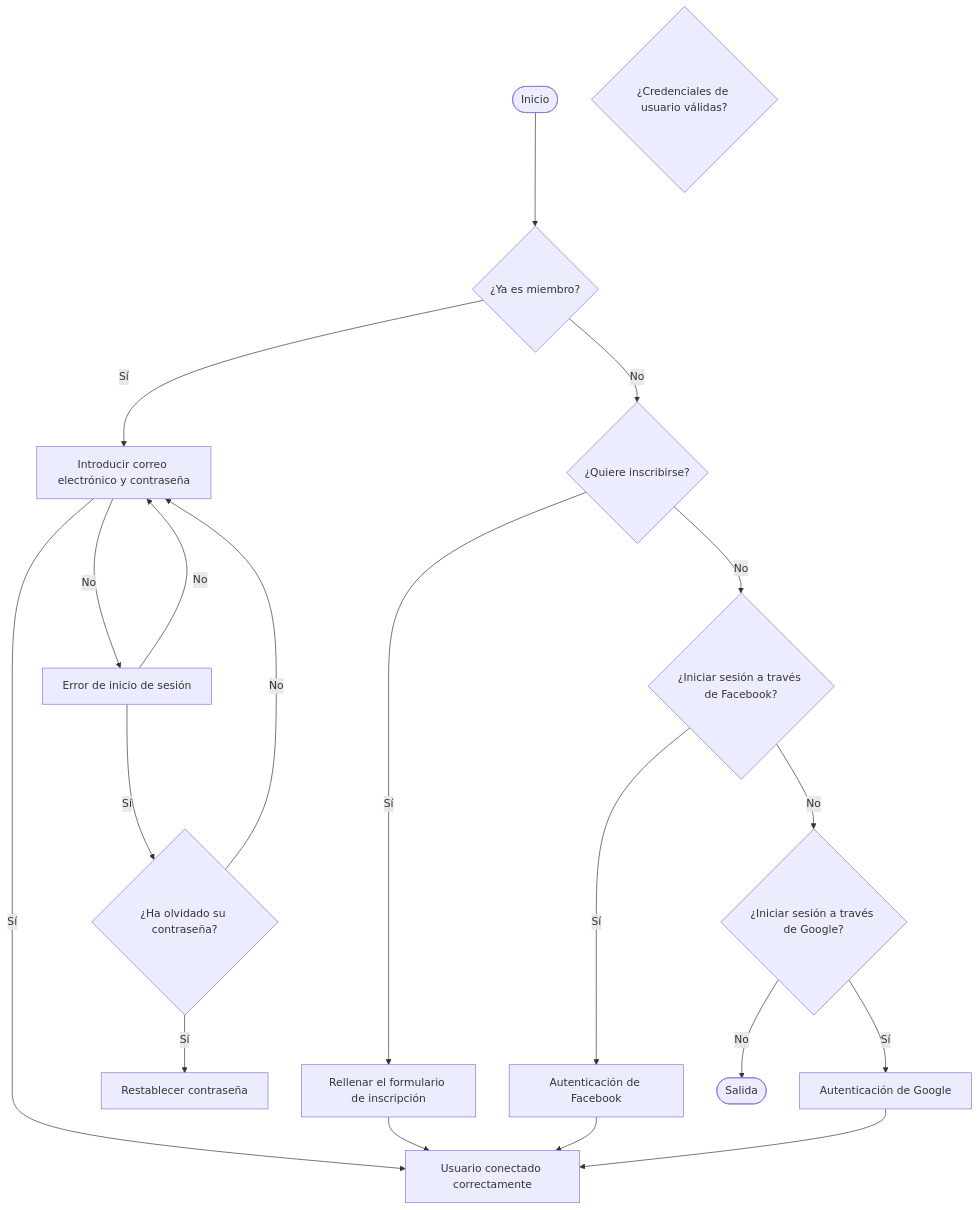
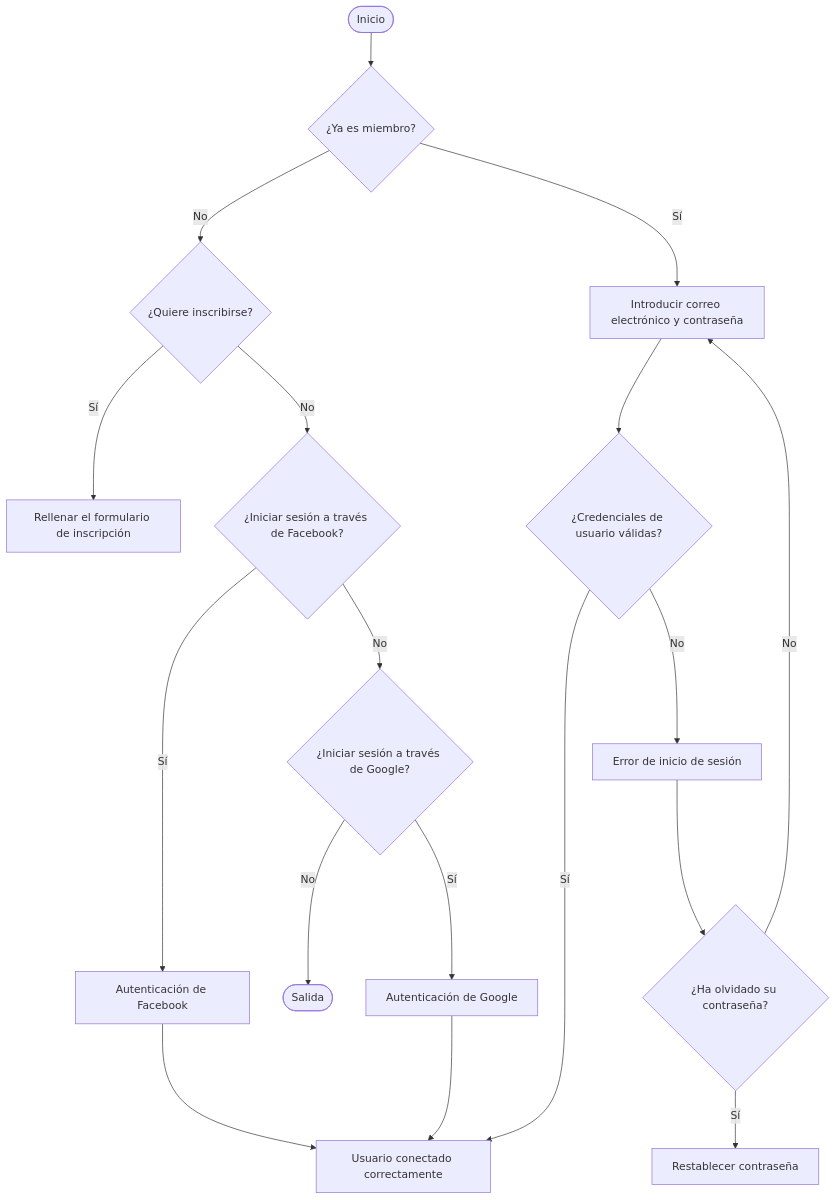
Before and after one commit to javieregeablasco/Apuntes: the second of 2 diagrams in docs/SMX/SMX_2/Opt_Python/01_Introduccion_a_la_programacion.md, drawn with Mermaid. The commit also changed other lines of this file and 4 other files, not shown here.

````diff
--- a/docs/SMX/SMX_2/Opt_Python/01_Introduccion_a_la_programacion.md
+++ b/docs/SMX/SMX_2/Opt_Python/01_Introduccion_a_la_programacion.md
@@ -116,38 +114,38 @@
     ```mermaid
       flowchart TD
         Inicio(["Inicio"])
+        YaMiembro{"¿Ya es miembro?"}
+        QuiereInscribirse{"¿Quiere inscribirse?"}
+        EmailPass["Introducir correo electrónico y contraseña"]
         Formulario["Rellenar el formulario de inscripción"]
-        QuiereInscribirse{"¿Quiere inscribirse?"}
-        YaMiembro{"¿Ya es miembro?"}
-        Credenciales{"¿Credenciales de usuario válidas?"}
+        Facebook{"¿Iniciar sesión a través de Facebook?"}        
+        Credenciales{"¿Credenciales de usuario válidas?"}        
         Error["Error de inicio de sesión"]
-        Olvido{"¿Ha olvidado su contraseña?"}
-        Restablecer["Restablecer contraseña"]
-        EmailPass["Introducir correo electrónico y contraseña"]
-        Facebook{"¿Iniciar sesión a través de Facebook?"}
         AutFacebook["Autenticación de Facebook"]
         Google{"¿Iniciar sesión a través de Google?"}
+        Salida(["Salida"])
+        Olvido{"¿Ha olvidado su contraseña?"}
         AutGoogle["Autenticación de Google"]
+        Restablecer["Restablecer contraseña"]
         UsuarioConectado["Usuario conectado correctamente"]
-        Salida(["Salida"])
-
+                
         Inicio --> YaMiembro
         YaMiembro -- No --> QuiereInscribirse
         YaMiembro -- Sí --> EmailPass
+        QuiereInscribirse -- No --> Facebook
         QuiereInscribirse -- Sí --> Formulario
-        QuiereInscribirse -- No --> Facebook
         Facebook -- Sí --> AutFacebook
         Facebook -- No --> Google
         Google -- Sí --> AutGoogle
         Google -- No --> Salida
-        EmailPass -- Sí --> UsuarioConectado
-        EmailPass -- No --> Error
-        Error -- No --> EmailPass
-        Error -- Sí --> Olvido
-        Olvido -- Sí --> Restablecer
-        Olvido -- No --> EmailPass
-        Formulario --> UsuarioConectado
         AutFacebook --> UsuarioConectado
         AutGoogle --> UsuarioConectado
 
+        EmailPass --> Credenciales
+        Credenciales -- Sí --> UsuarioConectado
+        Credenciales -- No --> Error
+        Error --> Olvido
+        Olvido -- Sí --> Restablecer
+        Olvido -- No --> EmailPass
+        
     ```
````
